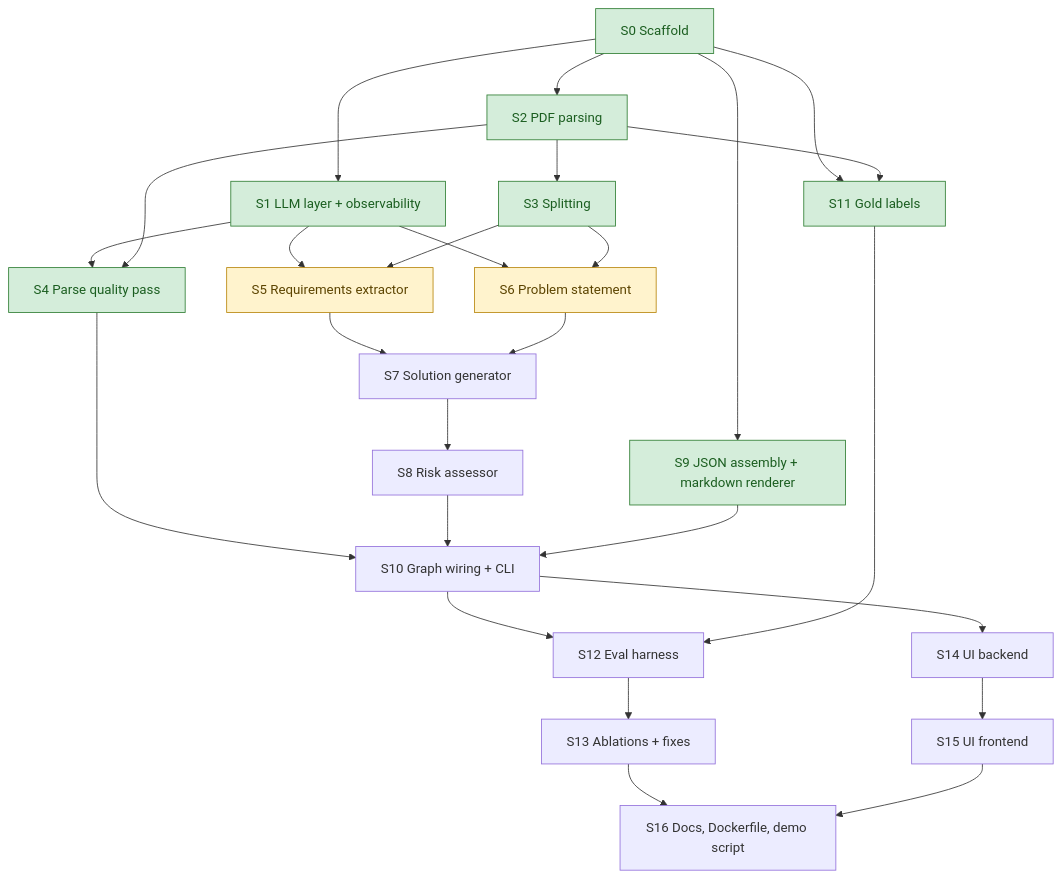
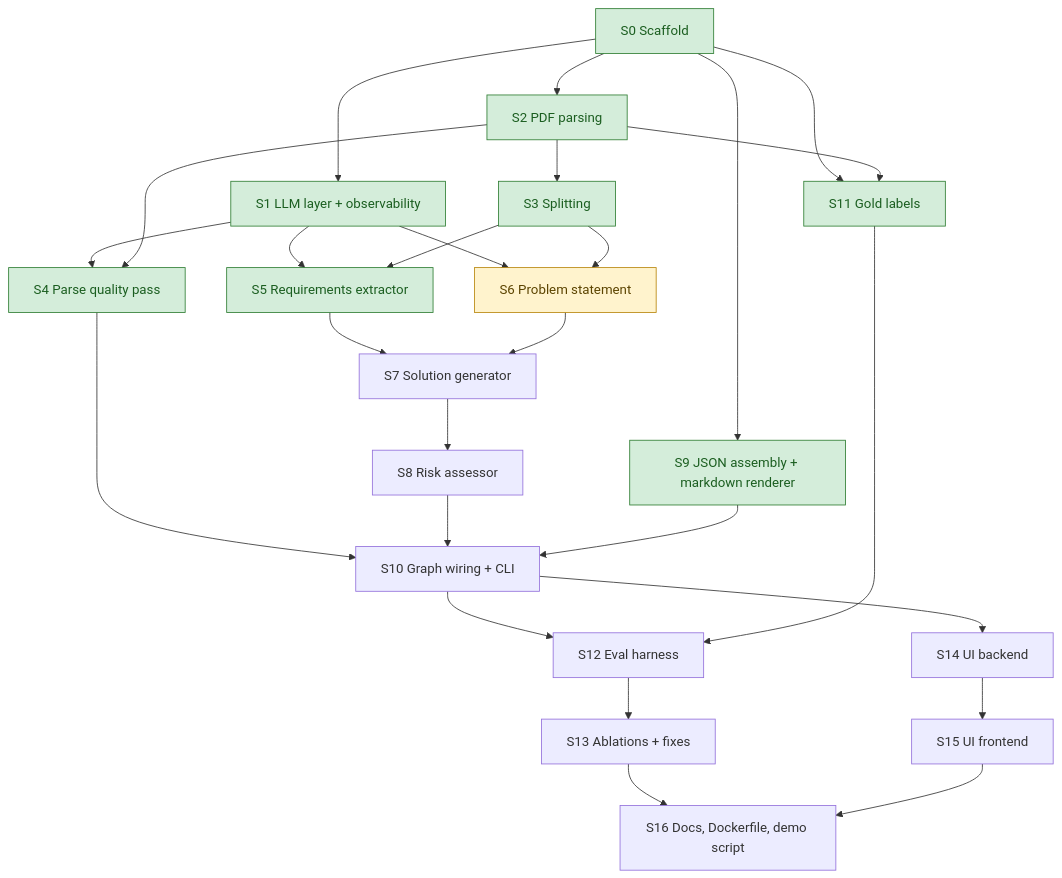
The second of 2 diagrams in docs/ROADMAP.md (lofeodo/rfp-solution-summary-generator), drawn with Mermaid before and after one commit. The commit also changed other lines of this file and 5 other files, not shown here.

Commit message:
S5: roadmap done with four-RFP results, decisions D28-D30 and F6-F7, prompt notes, assumptions, time log, README section

````diff
--- a/docs/ROADMAP.md
+++ b/docs/ROADMAP.md
@@ -82,33 +82,33 @@
 ```mermaid
 flowchart TD
     S0[S0 Scaffold] --> S1[S1 LLM layer + observability]
     S0 --> S2[S2 PDF parsing]
     S0 --> S9[S9 JSON assembly + markdown renderer]
     S0 --> S11[S11 Gold labels]
     S2 --> S3[S3 Splitting]
     S1 --> S4[S4 Parse quality pass]
     S2 --> S4
     S1 --> S5[S5 Requirements extractor]
     S3 --> S5
     S1 --> S6[S6 Problem statement]
     S3 --> S6
     S5 --> S7[S7 Solution generator]
     S6 --> S7
     S7 --> S8[S8 Risk assessor]
     S4 --> S10[S10 Graph wiring + CLI]
     S8 --> S10
     S9 --> S10
     S2 --> S11
     S10 --> S12[S12 Eval harness]
     S11 --> S12
     S12 --> S13[S13 Ablations + fixes]
     S10 --> S14[S14 UI backend]
     S14 --> S15[S15 UI frontend]
     S13 --> S16[S16 Docs, Dockerfile, demo script]
     S15 --> S16
 
     classDef done fill:#d4edda,stroke:#2e7d32,color:#1b5e20
     classDef ready fill:#fff3cd,stroke:#b8860b,color:#5c4400
-    class S0,S1,S2,S3,S4,S9,S11 done
-    class S5,S6 ready
+    class S0,S1,S2,S3,S4,S5,S9,S11 done
+    class S6 ready
 ```
````
